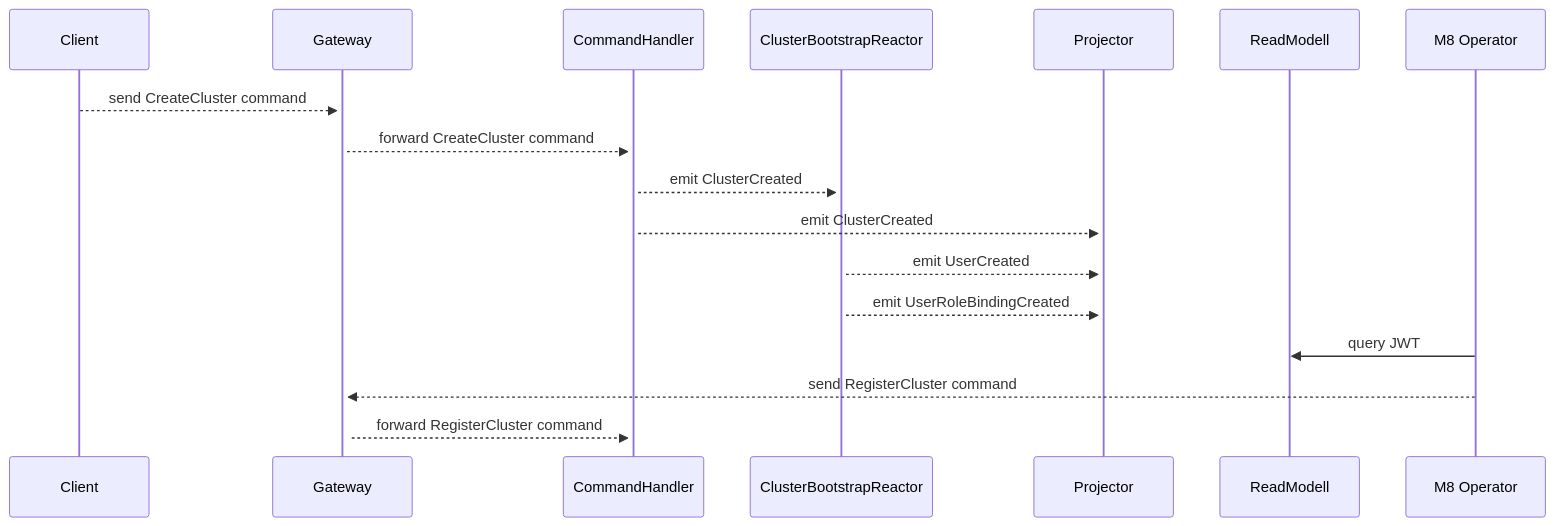
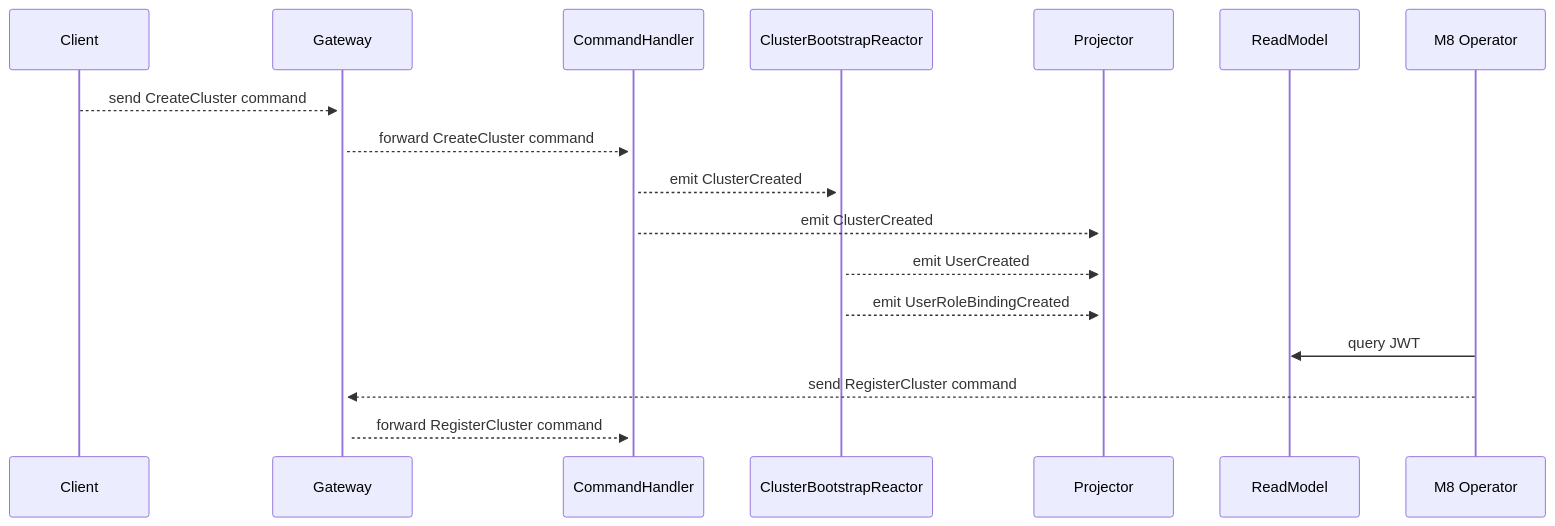
The diagram in docs/flow-charts/create-cluster.md (finleap-connect/monoskope), drawn with Mermaid before and after one commit. The commit also changed other lines of this file and 2 other files, not shown here.

Commit message:
Adjust readme

````diff
--- a/docs/flow-charts/create-cluster.md
+++ b/docs/flow-charts/create-cluster.md
@@ -5,21 +3,20 @@
 ```mermaid
 sequenceDiagram
-    participant C as Client
-    participant G as Gateway
-    participant CH as CommandHandler
-	participant CBR as ClusterBootstrapReactor
-	participant P as Projector
-	participant RM as ReadModell
-	participant O as M8 Operator
+ participant C as Client
+ participant G as Gateway
+ participant CH as CommandHandler
+ participant CBR as ClusterBootstrapReactor
+ participant P as Projector
+ participant RM as ReadModel
+ participant O as M8 Operator
 
-    C-->>+G: send CreateCluster command
-	G-->>+CH: forward CreateCluster command
-	CH-->>+CBR: emit ClusterCreated
-	CH-->>+P: emit ClusterCreated
-	CBR-->>+P: emit UserCreated
-	CBR-->>+P: emit UserRoleBindingCreated
-	O->>RM: query JWT
-	O-->>+G: send RegisterCluster command
-	G-->>+CH: forward RegisterCluster command
-	
+ C-->>+G: send CreateCluster command
+ G-->>+CH: forward CreateCluster command
+ CH-->>+CBR: emit ClusterCreated
+ CH-->>+P: emit ClusterCreated
+ CBR-->>+P: emit UserCreated
+ CBR-->>+P: emit UserRoleBindingCreated
+ O->>RM: query JWT
+ O-->>+G: send RegisterCluster command
+ G-->>+CH: forward RegisterCluster command
 ```
````
